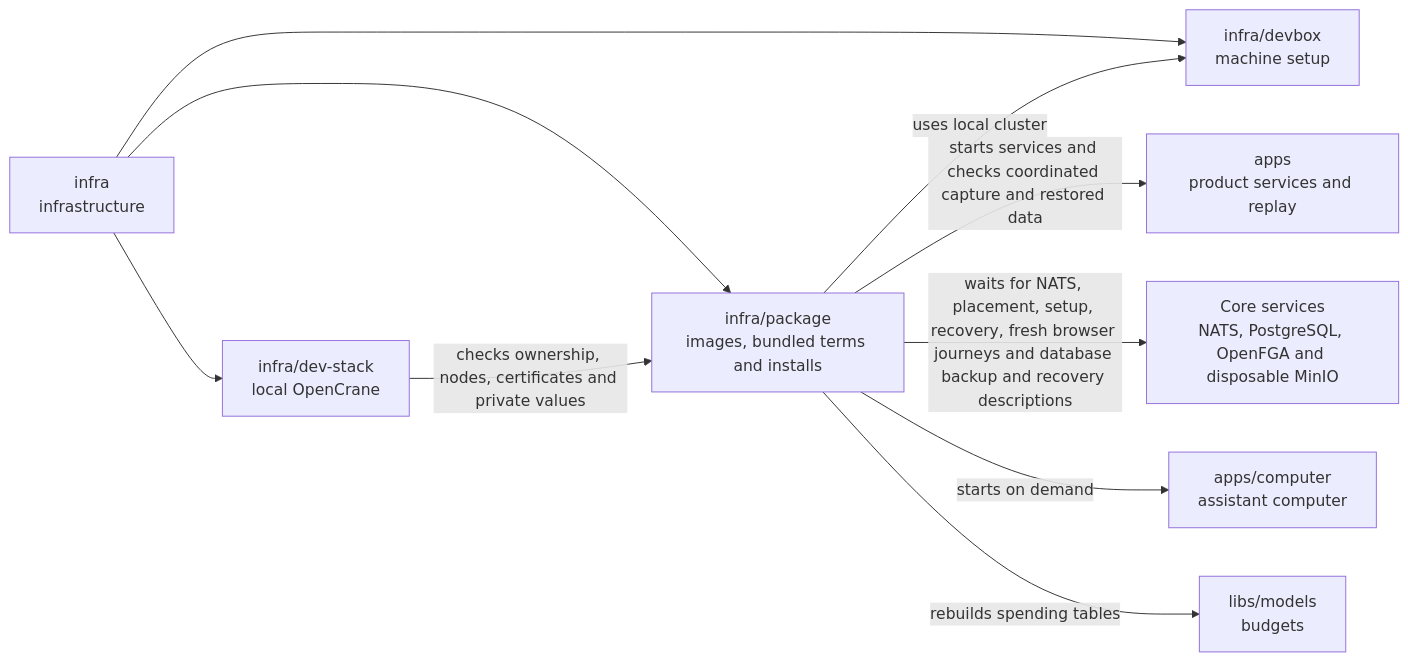
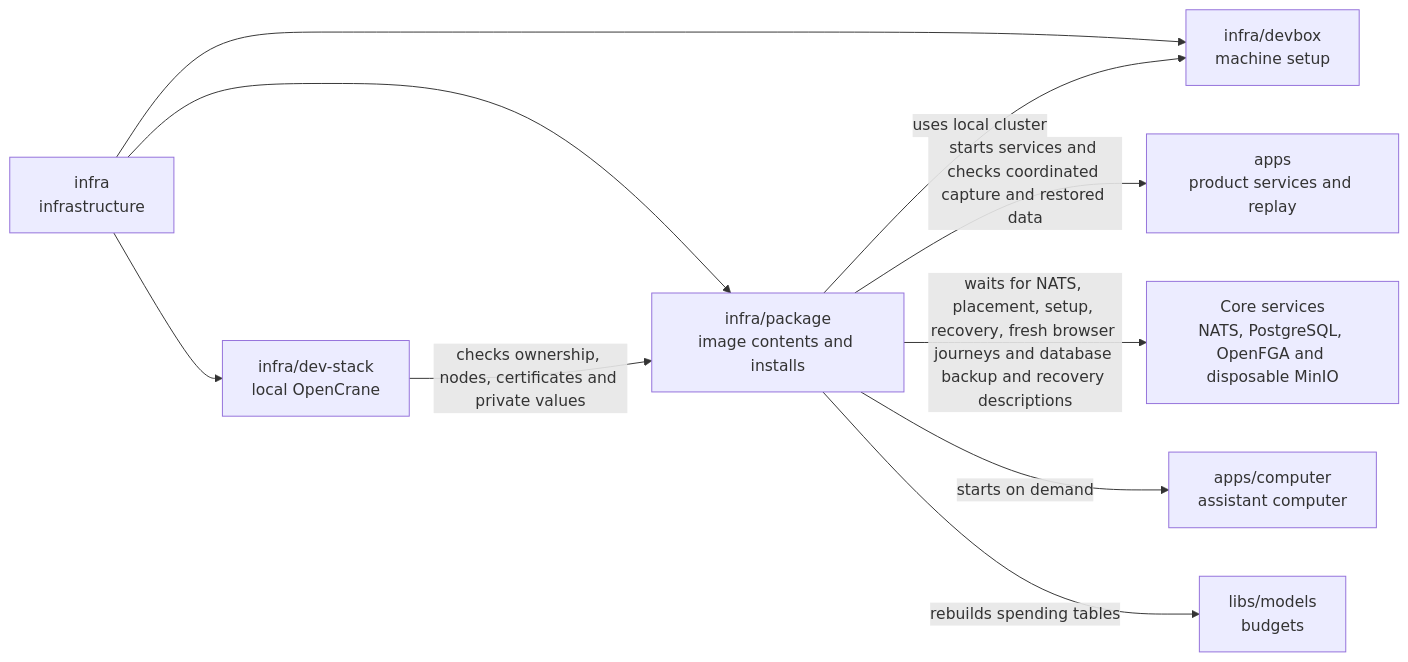
Before and after one commit to elewa-git/opencrane-new: the diagram in infra/package/README.md, drawn with Mermaid. The commit also changed other lines of this file and 8 other files, not shown here.

````diff
--- a/infra/package/README.md
+++ b/infra/package/README.md
@@ -19,12 +19,12 @@
 ```mermaid
 flowchart LR
-  infra["infra<br/>infrastructure"] --> package["infra/package<br/>images, bundled terms and installs"]
+  infra["infra<br/>infrastructure"] --> package["infra/package<br/>image contents and installs"]
   infra --> stack["infra/dev-stack<br/>local OpenCrane"]
   infra --> devbox["infra/devbox<br/>machine setup"]
   stack -->|checks ownership, nodes, certificates and private values| package
   package -->|uses local cluster| devbox
   package -->|starts services and checks coordinated capture and restored data| apps["apps<br/>product services and replay"]
   package -->|waits for NATS, placement, setup, recovery, fresh browser journeys and database backup and recovery descriptions| services["Core services<br/>NATS, PostgreSQL, OpenFGA and disposable MinIO"]
   package -->|starts on demand| computer["apps/computer<br/>assistant computer"]
   package -->|rebuilds spending tables| models["libs/models<br/>budgets"]
 ```
````
